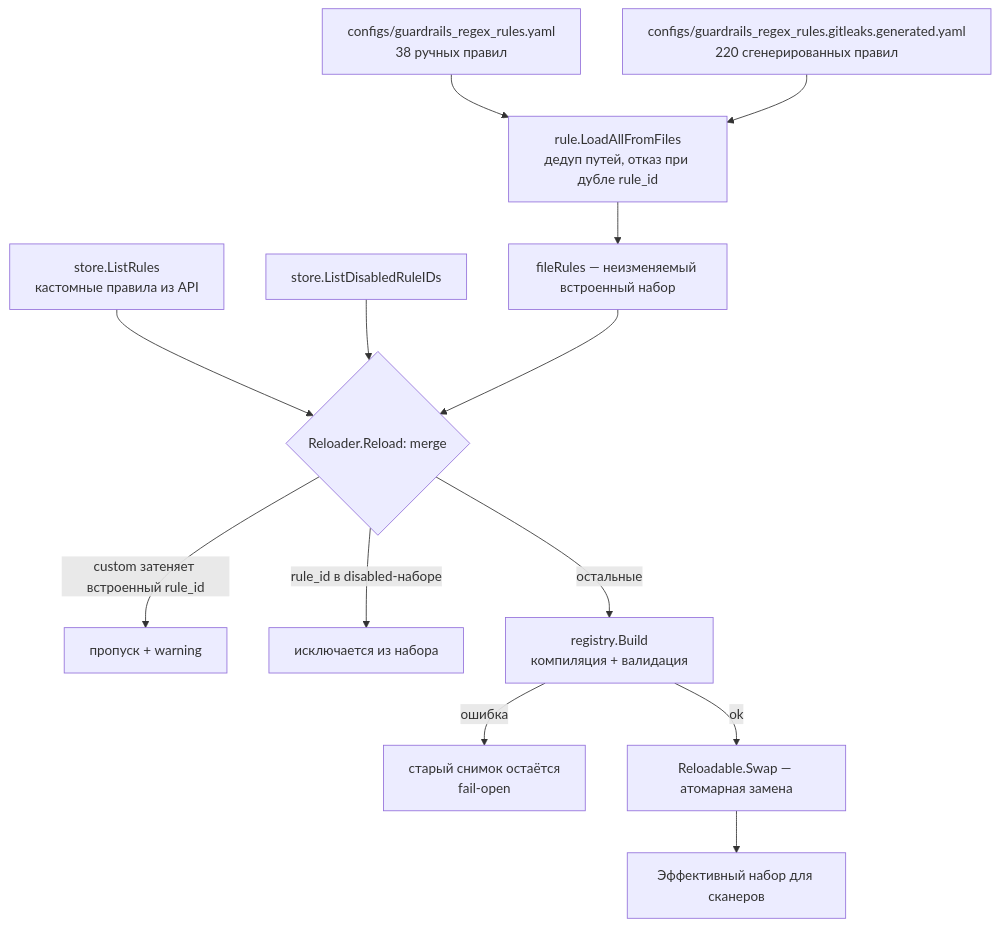
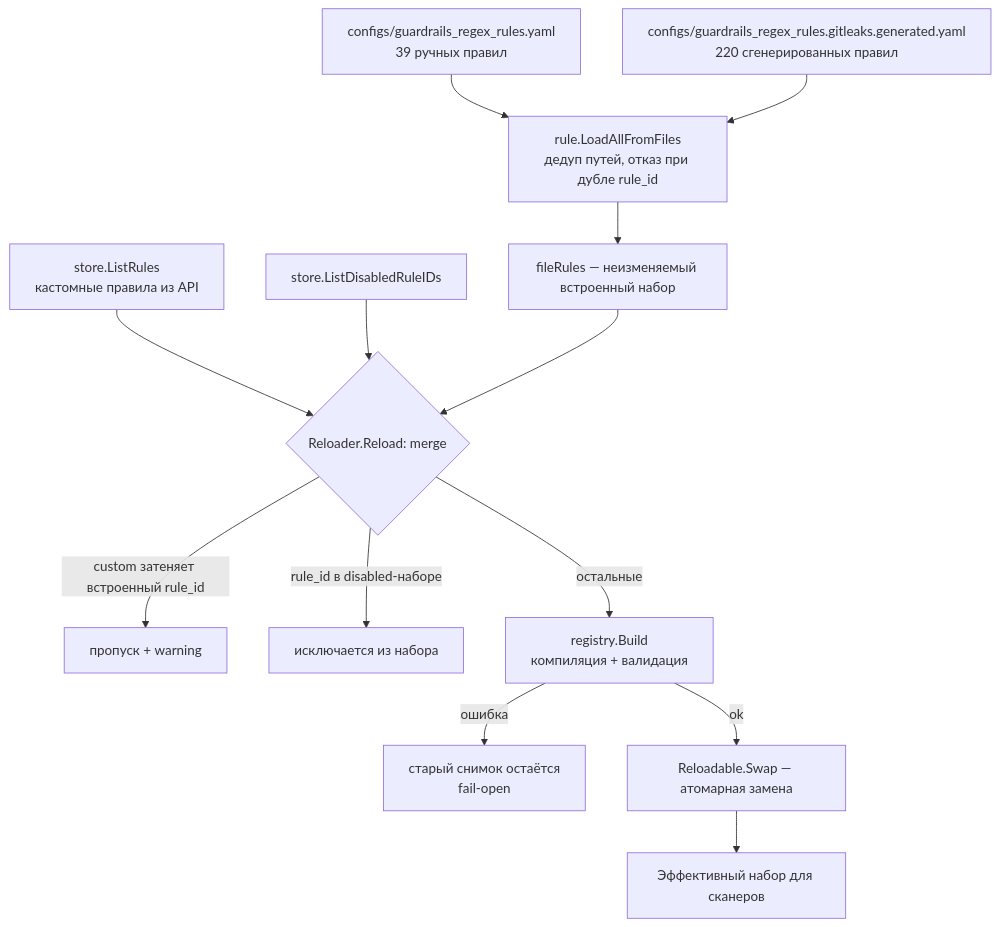
The first of 3 diagrams in docs/rules-engine/README.md (cloud-ru-tech/guardrails-llm-filter), drawn with Mermaid before and after one commit. The commit also changed other lines of this file and 4 other files, not shown here.

````diff
--- a/docs/rules-engine/README.md
+++ b/docs/rules-engine/README.md
@@ -53,15 +53,15 @@
 ```mermaid
 flowchart TD
-    YAML["configs/guardrails_regex_rules.yaml<br/>38 ручных правил"] --> LOAD["rule.LoadAllFromFiles<br/>дедуп путей, отказ при дубле rule_id"]
+    YAML["configs/guardrails_regex_rules.yaml<br/>39 ручных правил"] --> LOAD["rule.LoadAllFromFiles<br/>дедуп путей, отказ при дубле rule_id"]
     GEN["configs/guardrails_regex_rules.gitleaks.generated.yaml<br/>220 сгенерированных правил"] --> LOAD
     LOAD --> FILES["fileRules — неизменяемый встроенный набор"]
     STORE["store.ListRules<br/>кастомные правила из API"] --> MERGE
     DIS["store.ListDisabledRuleIDs"] --> MERGE
     FILES --> MERGE{"Reloader.Reload: merge"}
     MERGE -->|"custom затеняет встроенный rule_id"| SKIP["пропуск + warning"]
     MERGE -->|"rule_id в disabled-наборе"| OFF["исключается из набора"]
     MERGE -->|"остальные"| BUILD["registry.Build<br/>компиляция + валидация"]
     BUILD -->|"ошибка"| KEEP["старый снимок остаётся<br/>fail-open"]
     BUILD -->|"ok"| SWAP["Reloadable.Swap — атомарная замена"]
     SWAP --> EFF["Эффективный набор для сканеров"]
 ```
````
